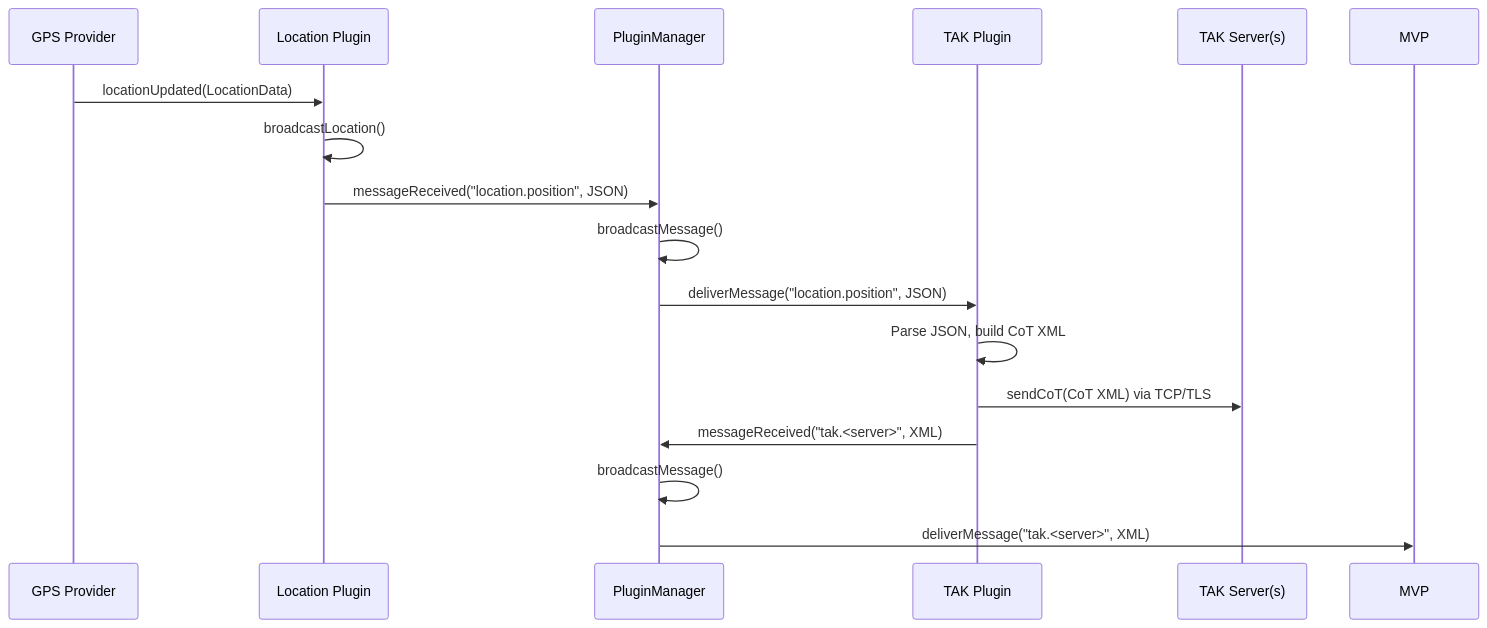
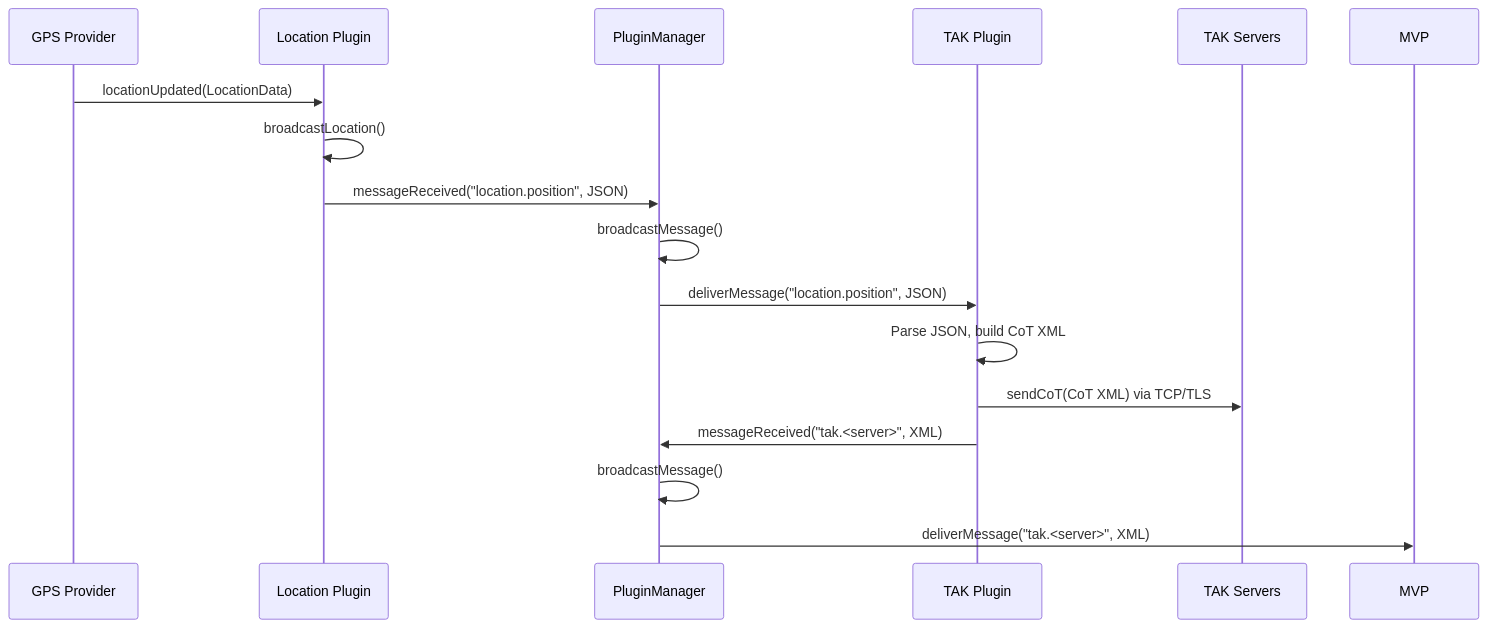
One commit to Project-POHJOLA/louhi changed the fourth of 7 diagrams in docs/PROJECT_OVERVIEW.md. Above: the diagram before and after it, drawn with Mermaid. The commit also changed other lines of this file, not shown here.

Commit message:
Fix Mermaid syntax: TAK Server(s) -> TAK Servers to avoid parser error

````diff
--- a/docs/PROJECT_OVERVIEW.md
+++ b/docs/PROJECT_OVERVIEW.md
@@ -199,19 +199,19 @@
 ```mermaid
 sequenceDiagram
     participant GPS as GPS Provider
     participant LP as Location Plugin
     participant PM as PluginManager
     participant TP as TAK Plugin
-    participant TAKS as TAK Server(s)
+    participant TAKS as TAK Servers
 
     GPS->>LP: locationUpdated(LocationData)
     LP->>LP: broadcastLocation()
     LP->>PM: messageReceived("location.position", JSON)
     PM->>PM: broadcastMessage()
     PM->>TP: deliverMessage("location.position", JSON)
     TP->>TP: Parse JSON, build CoT XML
     TP->>TAKS: sendCoT(CoT XML) via TCP/TLS
     TP->>PM: messageReceived("tak.<server>", XML)
     PM->>PM: broadcastMessage()
     PM->>MVP: deliverMessage("tak.<server>", XML)
 ```
````
